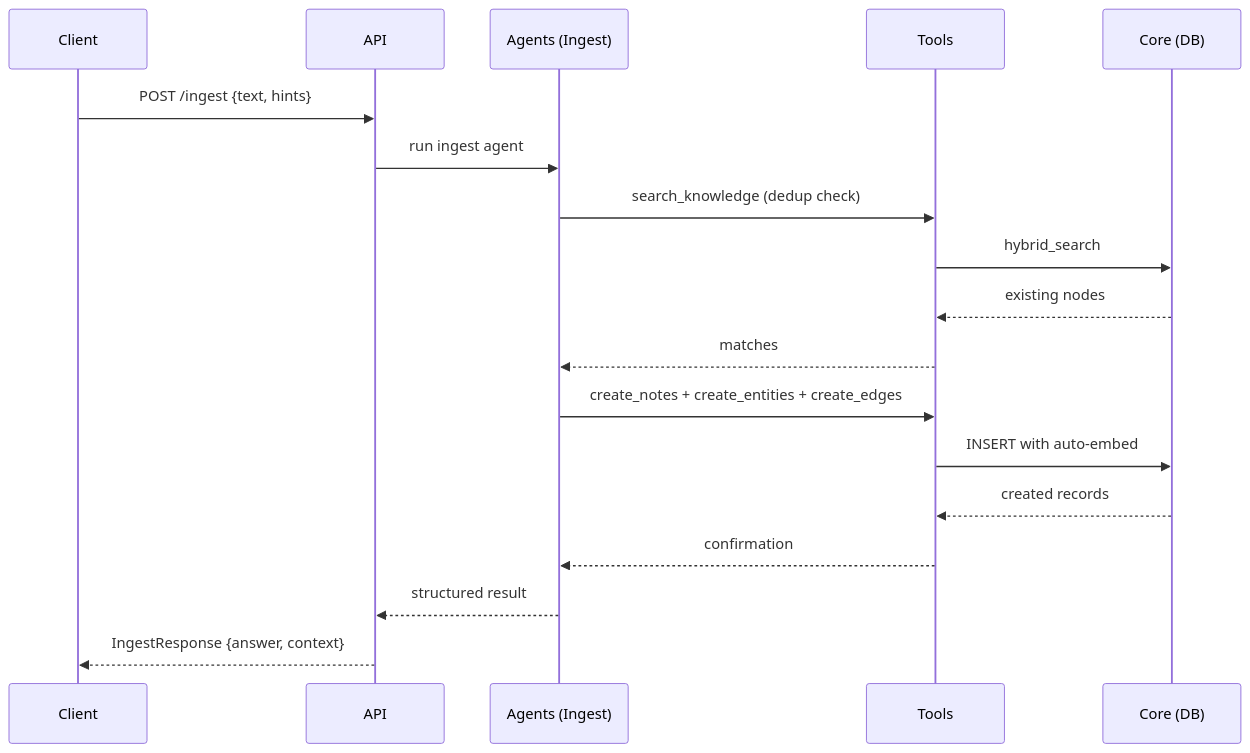
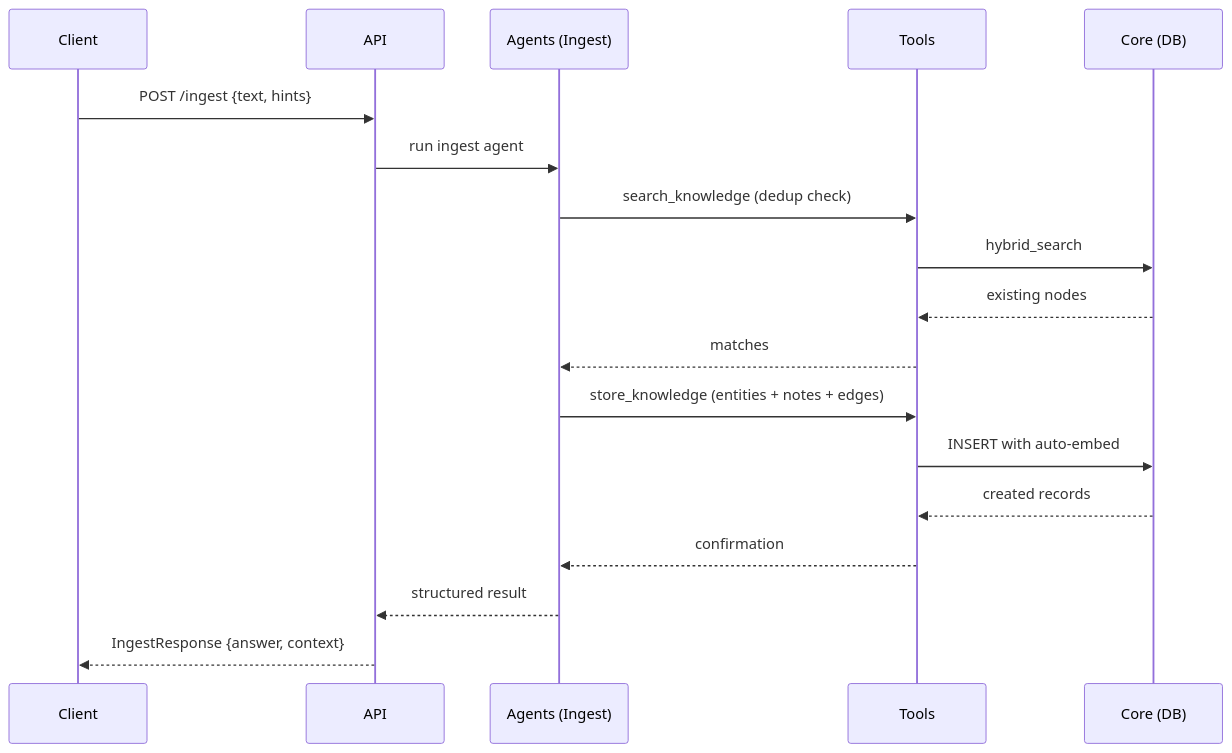
Before and after one commit to alennartz/second-brain: the second of 3 diagrams in codemap.md, drawn with Mermaid. The commit also changed other lines of this file and 6 other files, not shown here.

````diff
--- a/codemap.md
+++ b/codemap.md
@@ -20,20 +20,20 @@
 ```mermaid
 sequenceDiagram
   participant C as Client
   participant A as API
   participant IA as Agents (Ingest)
   participant T as Tools
   participant DB as Core (DB)
   C->>A: POST /ingest {text, hints}
   A->>IA: run ingest agent
   IA->>T: search_knowledge (dedup check)
   T->>DB: hybrid_search
   DB-->>T: existing nodes
   T-->>IA: matches
-  IA->>T: create_notes + create_entities + create_edges
+  IA->>T: store_knowledge (entities + notes + edges)
   T->>DB: INSERT with auto-embed
   DB-->>T: created records
   T-->>IA: confirmation
   IA-->>A: structured result
   A-->>C: IngestResponse {answer, context}
 ```
````
